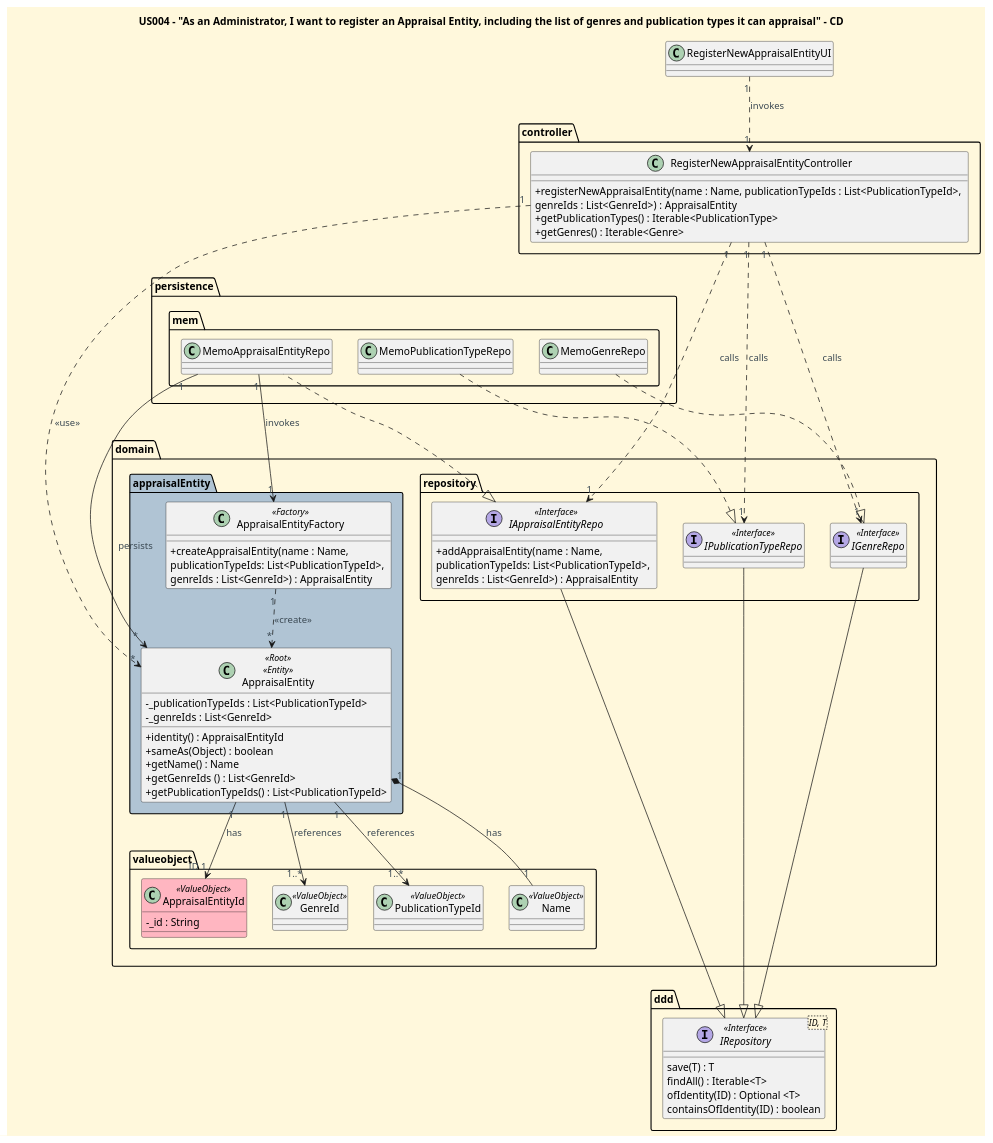
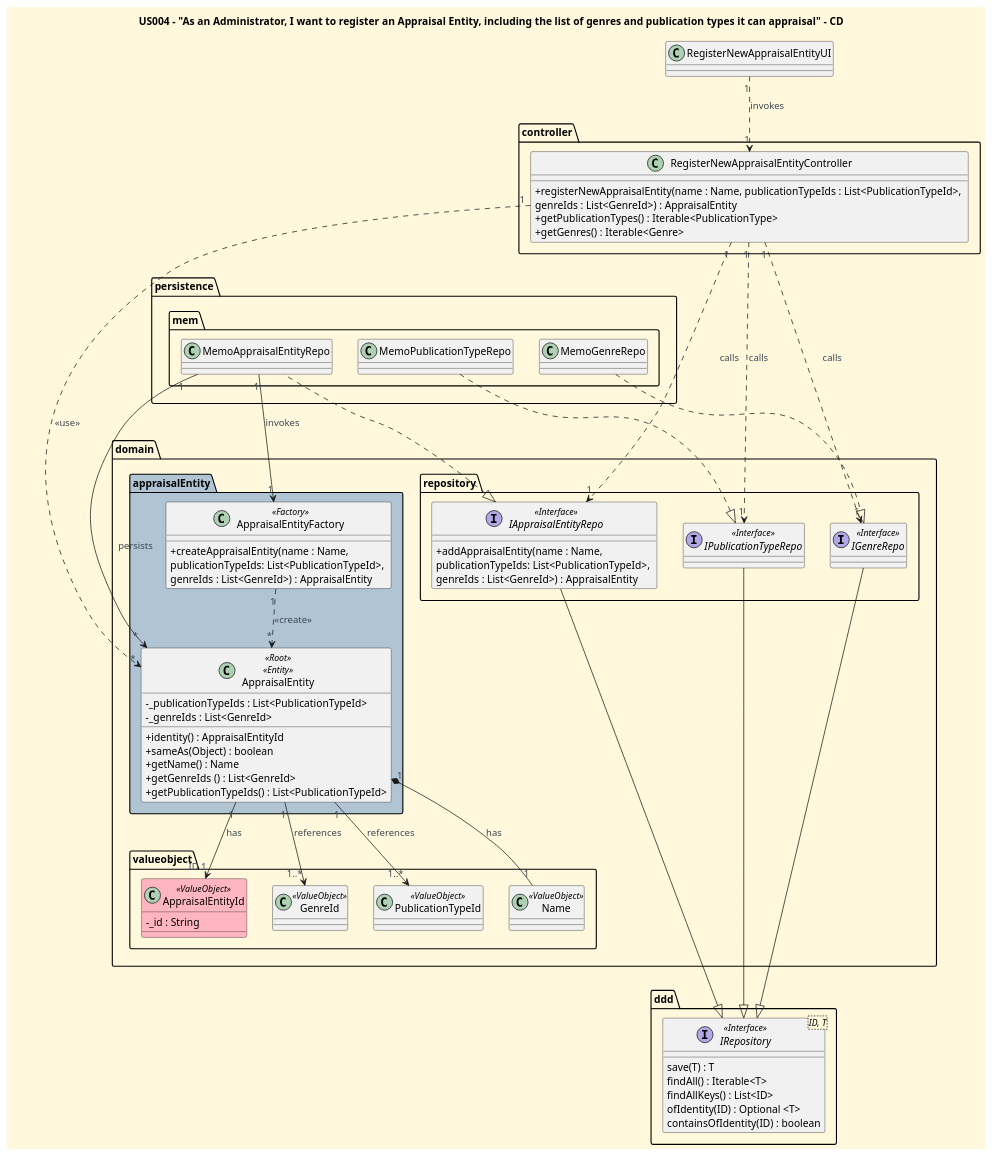
The diagram in docs/user-stories/US004/US004_register_new_appraisal_entity_CD.puml (CarolinaLeite-collab/JavaMarketplacePlatform), drawn with PlantUML before and after one commit. The commit also changed 1 other file, not shown here.

Commit message:
docs: updated US004 CD and SD diagrams - refs #521

```diff
--- a/docs/user-stories/US004/US004_register_new_appraisal_entity_CD.puml
+++ b/docs/user-stories/US004/US004_register_new_appraisal_entity_CD.puml
@@ -1,158 +1,159 @@
 @startuml
 
 '==== Title ====
 title US004 - "As an Administrator, I want to register an Appraisal Entity, including the list of genres and publication types it can appraisal" - CD
 top to bottom direction
 
 
 '==== basic style ====
 skinparam monochrome false
 skinparam shadowing false
 skinparam defaultFontName Futura
 skinparam objectFontSize 20
 skinparam backgroundColor CornSilk
 skinparam objectBackgroundColor WhiteSmoke
 skinparam noteBackgroundColor #FFFFE0
 skinparam ArrowFontColor #3B4953
 skinparam ActivationBackgroundColor black
 skinparam classAttributeIconSize 0
 
 
 ' ===== Domain =====
 class RegisterNewAppraisalEntityUI {
 }
 
 package "controller" {
 
     class RegisterNewAppraisalEntityController {
 
         + registerNewAppraisalEntity(name : Name, publicationTypeIds : List<PublicationTypeId>, \ngenreIds : List<GenreId>) : AppraisalEntity
         + getPublicationTypes() : Iterable<PublicationType>
         + getGenres() : Iterable<Genre>
 
     }
 
 }
 
 package "persistence" {
 
     package "mem" {
 
         class MemoAppraisalEntityRepo {
 
         }
 
         class MemoGenreRepo {
 
         }
 
         class MemoPublicationTypeRepo {
 
         }
 
     }
 
 }
 
 package "domain" {
     package "repository" {
 
         interface IAppraisalEntityRepo <<Interface>> {
         + addAppraisalEntity(name : Name, \npublicationTypeIds: List<PublicationTypeId>, \ngenreIds : List<GenreId>) : AppraisalEntity
 
         }
 
         interface IGenreRepo <<Interface>> {
 
         }
 
         interface IPublicationTypeRepo <<Interface>> {
 
         }
 
     }
 
     package "appraisalEntity" #b0c4d4 {
 
         class AppraisalEntity <<Root>> <<Entity>>{
             -_publicationTypeIds : List<PublicationTypeId>
             -_genreIds : List<GenreId>
 
             +identity() : AppraisalEntityId
             +sameAs(Object) : boolean
             +getName() : Name
             +getGenreIds () : List<GenreId>
             +getPublicationTypeIds() : List<PublicationTypeId>
         }
 
         class AppraisalEntityFactory <<Factory>> {
         + createAppraisalEntity(name : Name, \npublicationTypeIds: List<PublicationTypeId>, \ngenreIds : List<GenreId>) : AppraisalEntity
         }
 
     }
 
     Package "valueobject"  {
 
         '== Value Objects (Ids) ==
         class AppraisalEntityId <<ValueObject>> #LightPink {
         -_id : String
 
         }
 
         class GenreId <<ValueObject>> {
 
         }
 
         class PublicationTypeId <<ValueObject>> {
 
         }
         ' ===== Value Objects =====
         class Name <<ValueObject>> {
 
         }
 
     }
 
 }
 
 Package "ddd" {
 
     interface IRepository<ID, T> <<Interface>> {
     save(T) : T
     findAll() : Iterable<T>
+    findAllKeys() : List<ID>
     ofIdentity(ID) : Optional <T>
     containsOfIdentity(ID) : boolean
     }
 
 }
 
 
 '==== Interactions ====
 
 RegisterNewAppraisalEntityUI "1" ..> "1" RegisterNewAppraisalEntityController : invokes
 
 RegisterNewAppraisalEntityController "1" ..> "1" IGenreRepo : calls
 RegisterNewAppraisalEntityController "1" ..> "1" IPublicationTypeRepo : calls
 RegisterNewAppraisalEntityController "1" ..> "1" IAppraisalEntityRepo : calls
 RegisterNewAppraisalEntityController "1" ....> "*" AppraisalEntity : <<use>>
 
 MemoAppraisalEntityRepo "1" --> "1" AppraisalEntityFactory : invokes
 
 AppraisalEntityFactory "1" ..> "*" AppraisalEntity : <<create>>
 
 AppraisalEntity "1" --> "ID 1" AppraisalEntityId : has
 AppraisalEntity "1" --> "1..*" GenreId : references
 AppraisalEntity "1" --> "1..*" PublicationTypeId : references
 AppraisalEntity "1" *-- "1" Name : has
 AppraisalEntity "*" <- "1" MemoAppraisalEntityRepo : persists
 
 IAppraisalEntityRepo <|.. MemoAppraisalEntityRepo
 MemoGenreRepo ..|> IGenreRepo
 MemoPublicationTypeRepo ..|> IPublicationTypeRepo
 
 IAppraisalEntityRepo ----|> IRepository
 IPublicationTypeRepo -|> IRepository
 IGenreRepo -|> IRepository
 
 
 @enduml
```
